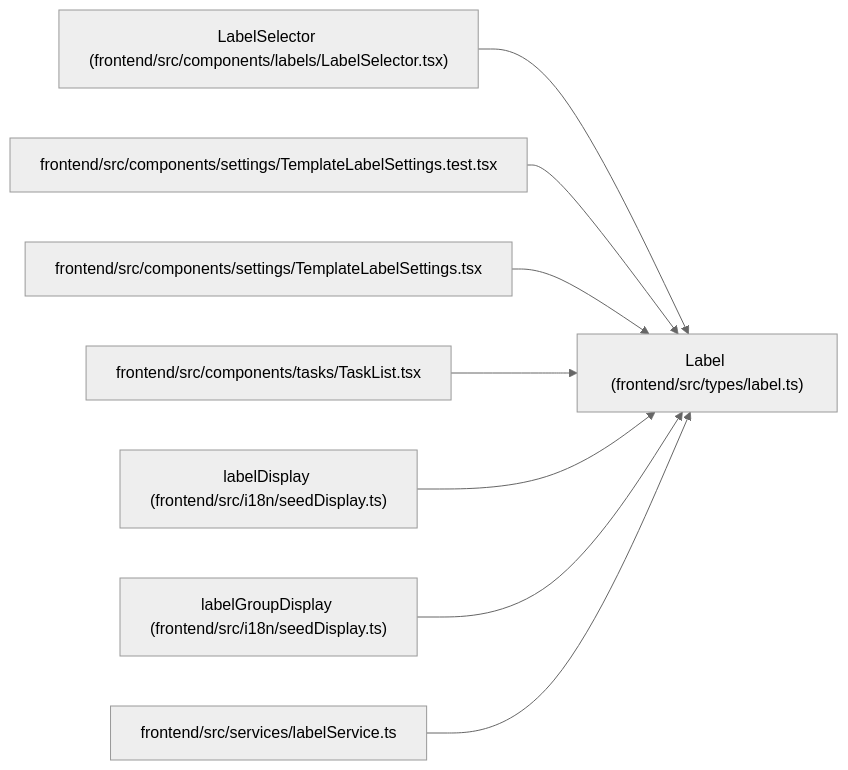
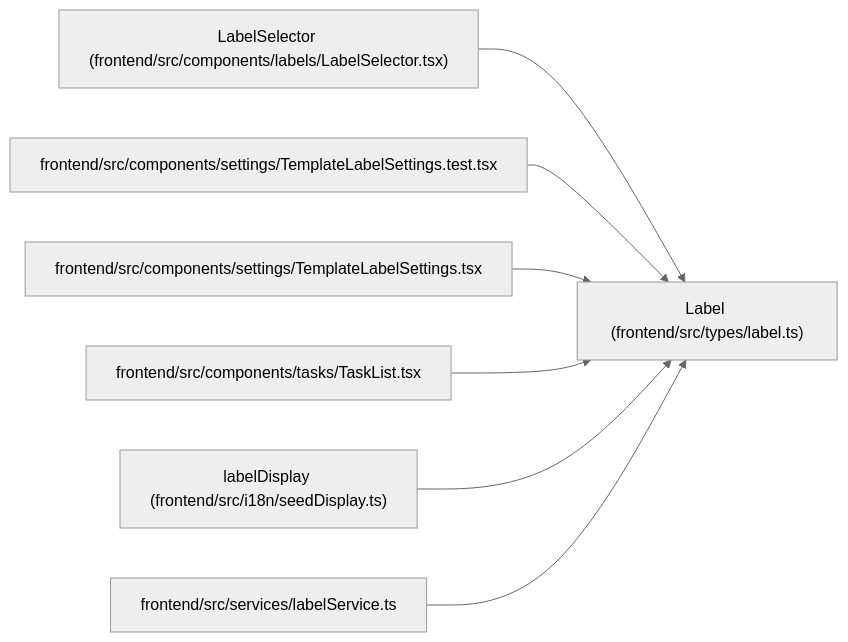
One commit to Denissvgn/WorkChord changed the diagram in docs/llm_wiki/entities/types_label_Label.md. Above: the diagram before and after it, drawn with Mermaid (neutral theme). The commit also changed other lines of this file and 2373 other files, not shown here.

````diff
--- a/docs/llm_wiki/entities/types_label_Label.md
+++ b/docs/llm_wiki/entities/types_label_Label.md
@@ -36,26 +36,23 @@
 ```mermaid
 flowchart LR
     n0["Label (frontend/src/types/label.ts)"]
     n1["LabelSelector (frontend/src/components/labels/LabelSelector.tsx)"]
     n2["frontend/src/components/settings/TemplateLabelSettings.test.tsx"]
     n3["frontend/src/components/settings/TemplateLabelSettings.tsx"]
     n4["frontend/src/components/tasks/TaskList.tsx"]
     n5["labelDisplay (frontend/src/i18n/seedDisplay.ts)"]
-    n6["labelGroupDisplay (frontend/src/i18n/seedDisplay.ts)"]
-    n7["frontend/src/services/labelService.ts"]
+    n6["frontend/src/services/labelService.ts"]
     n1 --> n0
     n2 --> n0
     n3 --> n0
     n4 --> n0
     n5 --> n0
     n6 --> n0
-    n7 --> n0
     click n0 "../modules/types_label.md"
     click n1 "../modules/LabelSelector.md"
     click n2 "../modules/TemplateLabelSettings.test.md"
     click n3 "../modules/TemplateLabelSettings.md"
     click n4 "../modules/TaskList.md"
     click n5 "../modules/seedDisplay.md"
-    click n6 "../modules/seedDisplay.md"
-    click n7 "../modules/labelService.md"
+    click n6 "../modules/labelService.md"
 ```
````
